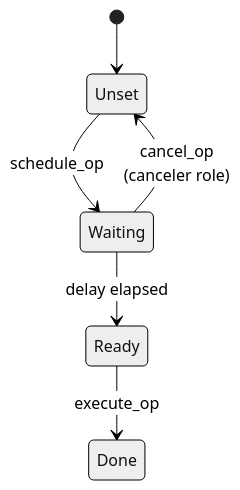
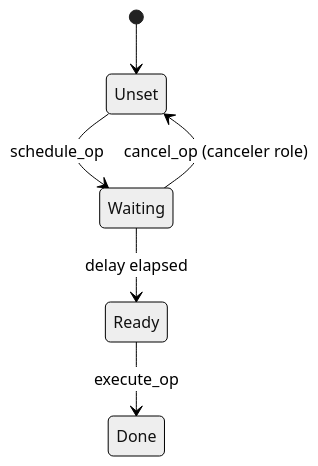
Before and after one commit to Shamba-Records-Limited/microvault: the diagram in docs/soroban/timelock-controller.md, drawn with Mermaid (neutral theme). The commit also changed 4 other files, not shown here.

````diff
--- a/docs/soroban/timelock-controller.md
+++ b/docs/soroban/timelock-controller.md
@@ -11,8 +11,8 @@
 ```mermaid
 stateDiagram-v2
     [*] --> Unset
     Unset --> Waiting: schedule_op
     Waiting --> Ready: delay elapsed
     Ready --> Done: execute_op
-    Waiting --> Unset: cancel_op<br/>(canceler role)
+    Waiting --> Unset: cancel_op (canceler role)
 ```
````
